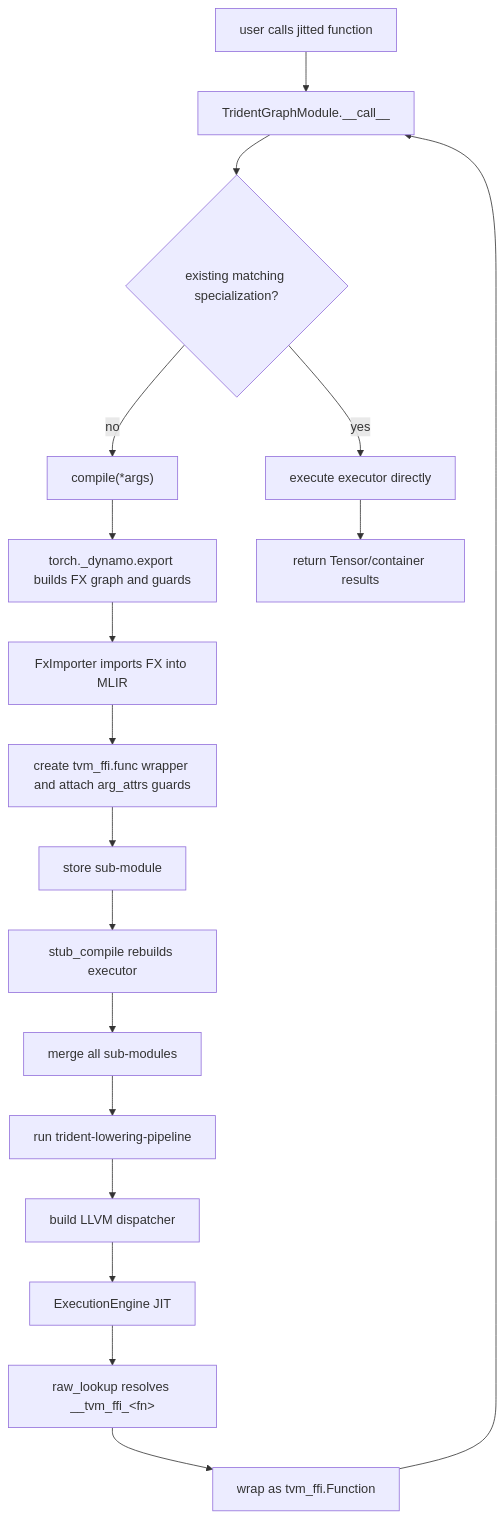
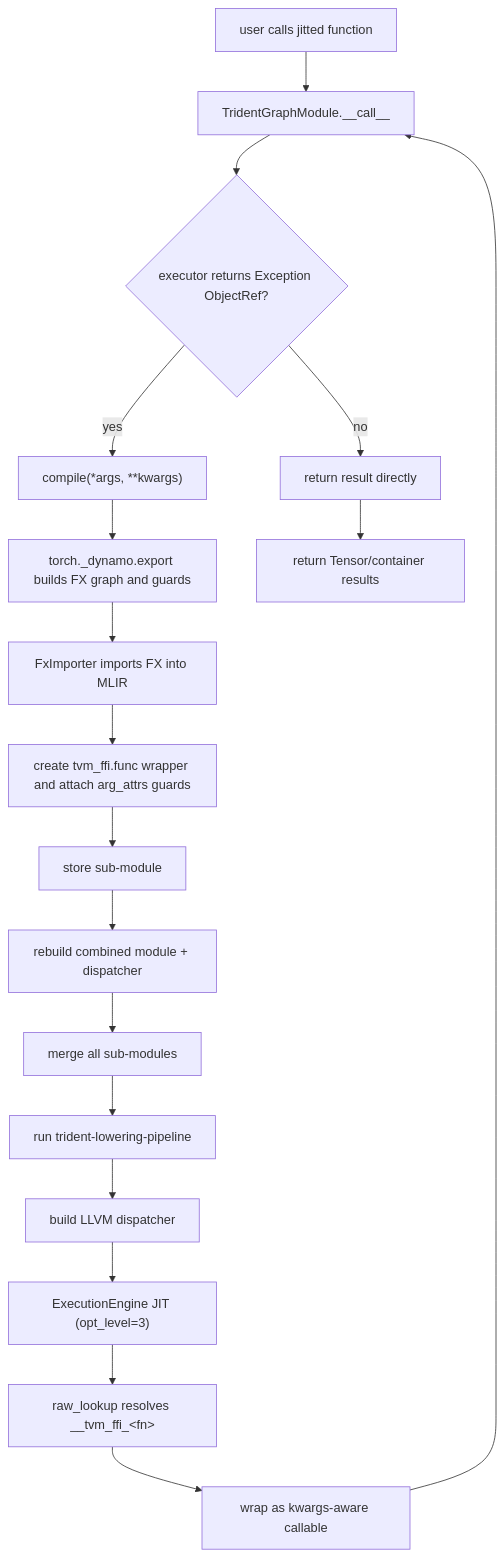
Before and after one commit to sgjzfzzf/Trident: the second of 2 diagrams in docs/Architecture.md, drawn with Mermaid. The commit also changed other lines of this file and 3 other files, not shown here.

Commit message:
docs: strip section numbering, add ffi subproject docs, and use isinstance for Exception check

````diff
--- a/docs/Architecture.md
+++ b/docs/Architecture.md
@@ -46,20 +55,20 @@
 ```mermaid
 flowchart TD
   A["user calls jitted function"] --> B["TridentGraphModule.__call__"]
-  B --> C{"existing matching specialization?"}
-  C -- "no" --> D["compile(*args)"]
-  D --> E["torch._dynamo.export builds FX graph and guards"]
-  E --> F["FxImporter imports FX into MLIR"]
-  F --> G["create tvm_ffi.func wrapper and attach arg_attrs guards"]
-  G --> H["store sub-module"]
-  H --> I["stub_compile rebuilds executor"]
-  I --> J["merge all sub-modules"]
-  J --> K["run trident-lowering-pipeline"]
-  K --> L["build LLVM dispatcher"]
-  L --> M["ExecutionEngine JIT"]
-  M --> N["raw_lookup resolves __tvm_ffi_&lt;fn&gt;"]
-  N --> O["wrap as tvm_ffi.Function"]
-  O --> B
-  C -- "yes" --> P["execute executor directly"]
-  P --> Q["return Tensor/container results"]
+  B --> C{"executor returns Exception ObjectRef?"}
+  C -- "no" --> D["return result directly"]
+  C -- "yes" --> E["compile(*args, **kwargs)"]
+  E --> F["torch._dynamo.export builds FX graph and guards"]
+  F --> G["FxImporter imports FX into MLIR"]
+  G --> H["create tvm_ffi.func wrapper and attach arg_attrs guards"]
+  H --> I["store sub-module"]
+  I --> J["rebuild combined module + dispatcher"]
+  J --> K["merge all sub-modules"]
+  K --> L["run trident-lowering-pipeline"]
+  L --> M["build LLVM dispatcher"]
+  M --> N["ExecutionEngine JIT (opt_level=3)"]
+  N --> O["raw_lookup resolves __tvm_ffi_&lt;fn&gt;"]
+  O --> P["wrap as kwargs-aware callable"]
+  P --> B
+  D --> Q["return Tensor/container results"]
 ```
````
